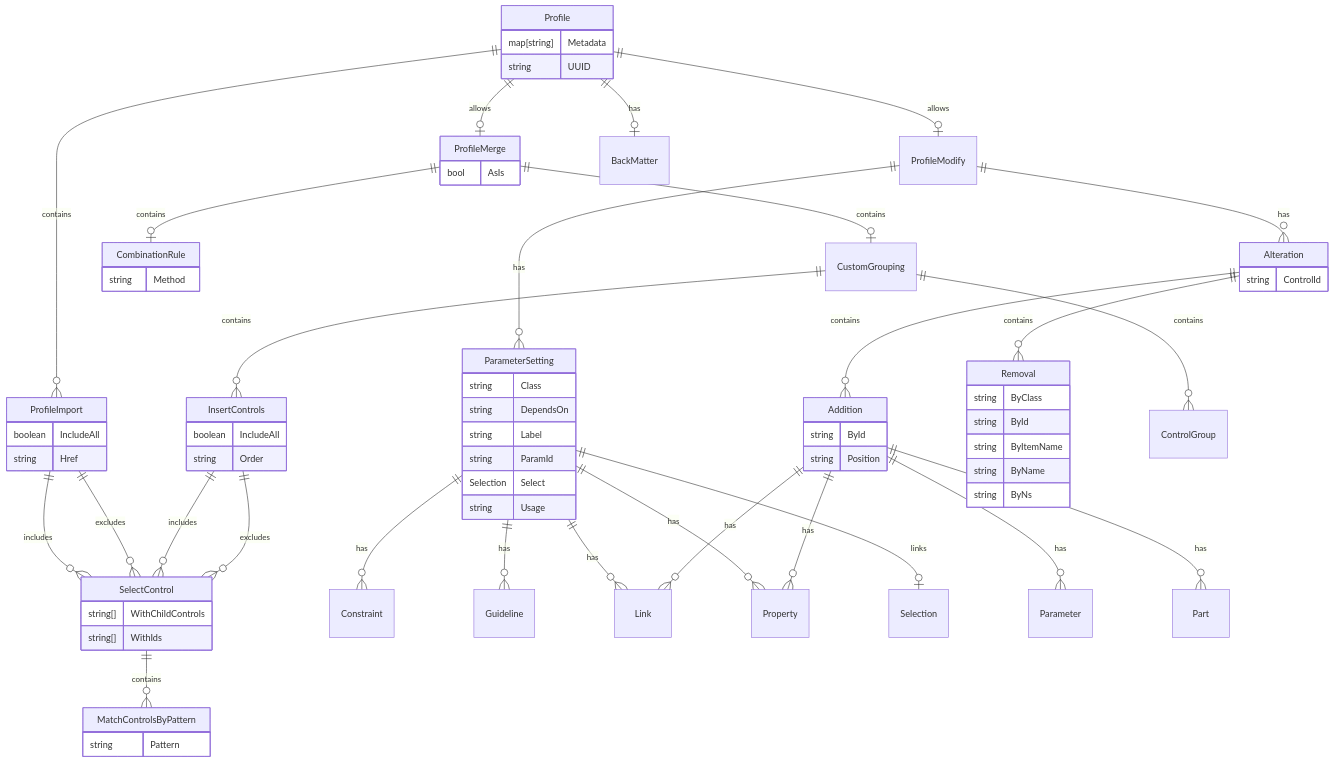
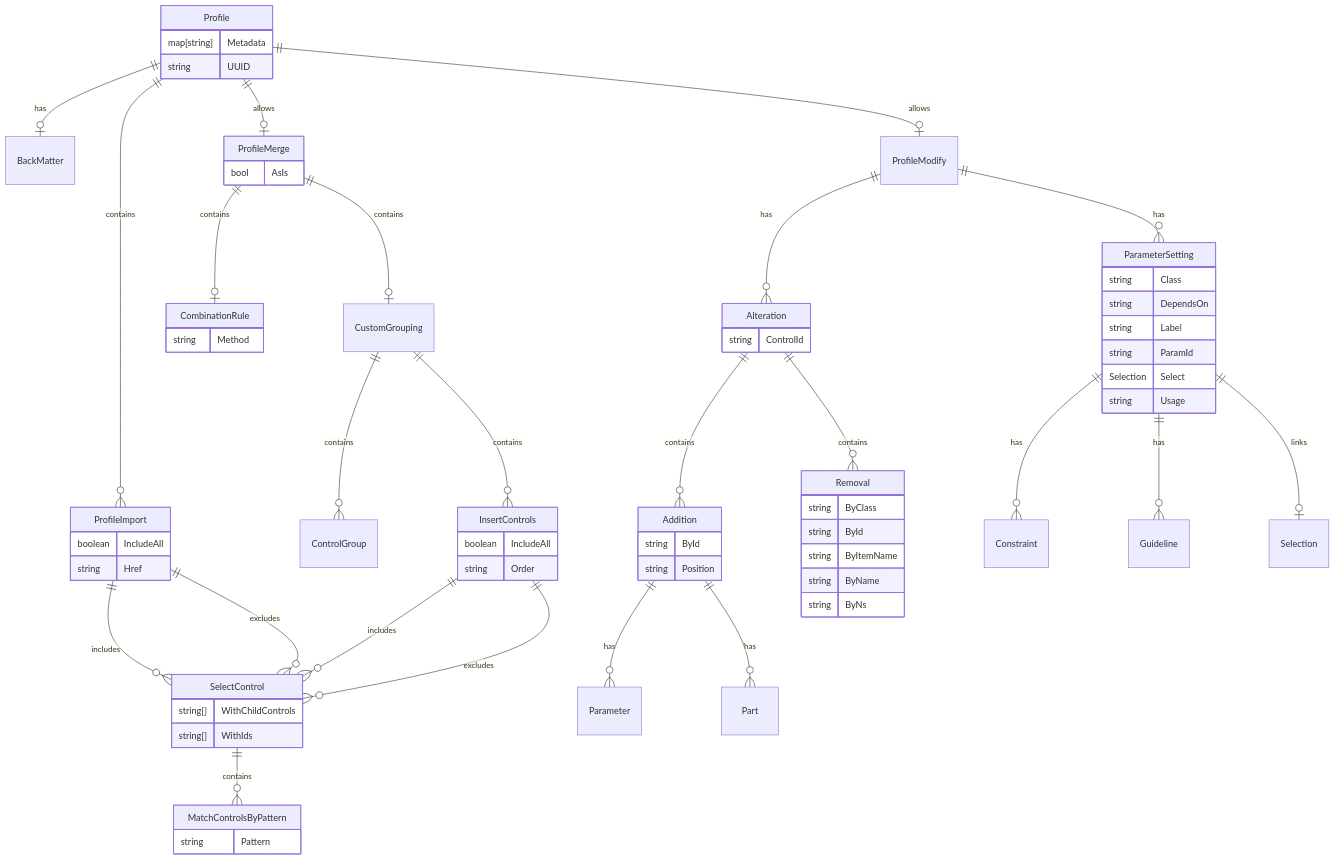
Before and after one commit to compliance-framework/docs: the fifth of 6 diagrams in docs/architecture/core-erd.md, drawn with Mermaid. The commit also changed other lines of this file, not shown here.

````diff
--- a/docs/architecture/core-erd.md
+++ b/docs/architecture/core-erd.md
@@ -148,80 +148,76 @@
 ```mermaid
 erDiagram
     Addition {
         string ById
         string Position
     }
     Alteration {
         string ControlId
     }
     CombinationRule {
         string Method
     }
     CustomGrouping {
     }
     InsertControls {
         boolean IncludeAll
         string Order
     }
     MatchControlsByPattern {
         string Pattern
     }
     ProfileImport {
         boolean IncludeAll
         string Href
     }
     ProfileMerge {
         bool AsIs
     }
     ProfileModify {
     }
     ParameterSetting {
         string Class
         string DependsOn
         string Label
         string ParamId
         Selection Select
         string Usage
     }
     Removal {
         string ByClass
         string ById
         string ByItemName
         string ByName
         string ByNs
     }
     SelectControl {
         string[] WithChildControls
         string[] WithIds
     }
     Profile {
         map[string] Metadata
         string UUID
     }
     Profile ||--o| BackMatter: has
     Profile ||--o{ ProfileImport: contains
     Profile ||--o| ProfileMerge: allows
     Profile ||--o| ProfileModify: allows
     SelectControl ||--o{ MatchControlsByPattern: contains
     ParameterSetting ||--o{ Constraint: has
     ParameterSetting ||--o{ Guideline: has
-    ParameterSetting ||--o{ Link: has
-    ParameterSetting ||--o{ Property: has
     ParameterSetting ||--o| Selection: links
     ProfileModify ||--o{ Alteration: has
     ProfileModify ||--o{ ParameterSetting: has
     ProfileMerge ||--o| CombinationRule: contains
     ProfileMerge ||--o| CustomGrouping: contains
     ProfileImport ||--o{ SelectControl: includes
     ProfileImport ||--o{ SelectControl: excludes
     InsertControls ||--o{ SelectControl: includes
     InsertControls ||--o{ SelectControl: excludes
     CustomGrouping ||--o{ ControlGroup: contains
     CustomGrouping ||--o{ InsertControls: contains
     Alteration ||--o{ Addition: contains
     Alteration ||--o{ Removal: contains
-    Addition  ||--o{ Link: has
     Addition  ||--o{ Parameter: has
     Addition  ||--o{ Part: has
-    Addition  ||--o{ Property: has
 ```
````
